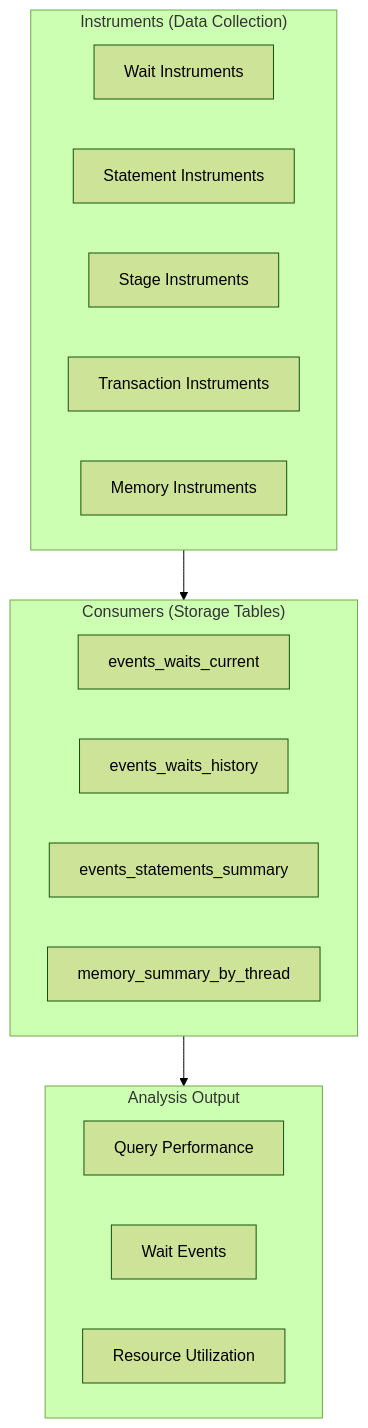
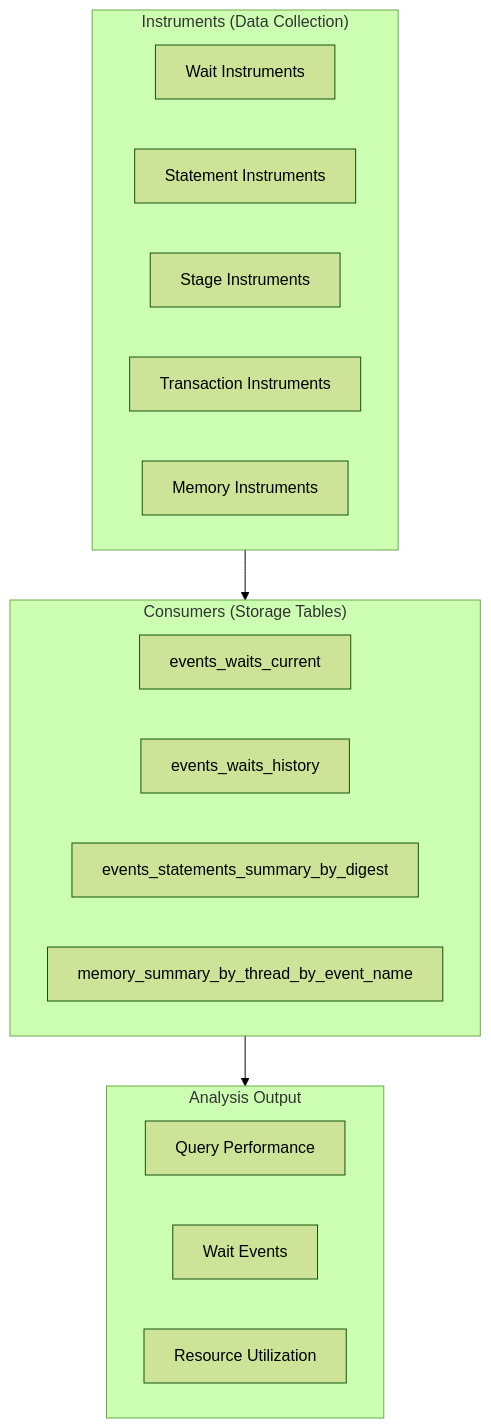
One commit to OneUptime/blog changed the first of 5 diagrams in posts/2026-01-30-mysql-performance-schema/README.md. Above: the diagram before and after it, drawn with Mermaid (forest theme). The commit also changed other lines of this file and 2 other files, not shown here.

Commit message:
validate: 2026-01-30-mysql-performance-schema

````diff
--- a/posts/2026-01-30-mysql-performance-schema/README.md
+++ b/posts/2026-01-30-mysql-performance-schema/README.md
@@ -17,26 +17,26 @@
 ```mermaid
 flowchart TB
     subgraph Instruments["Instruments (Data Collection)"]
         W[Wait Instruments]
         S[Statement Instruments]
         ST[Stage Instruments]
         T[Transaction Instruments]
         M[Memory Instruments]
     end
 
     subgraph Consumers["Consumers (Storage Tables)"]
         EC[events_waits_current]
         EH[events_waits_history]
-        ES[events_statements_summary]
-        MS[memory_summary_by_thread]
+        ES[events_statements_summary_by_digest]
+        MS[memory_summary_by_thread_by_event_name]
     end
 
     subgraph Analysis["Analysis Output"]
         QP[Query Performance]
         WE[Wait Events]
         RU[Resource Utilization]
     end
 
     Instruments --> Consumers
     Consumers --> Analysis
 ```
````
